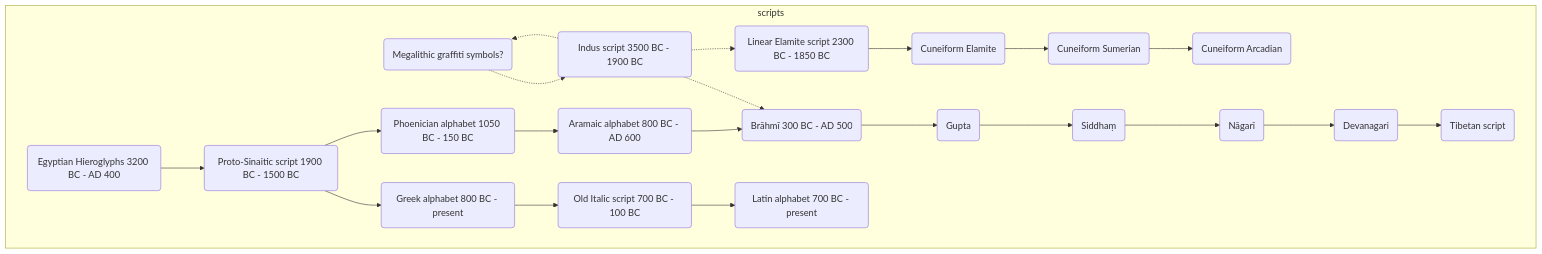
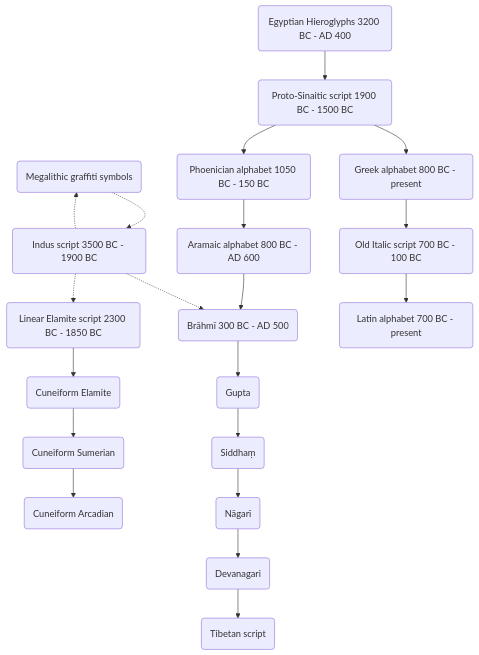
The first of 4 diagrams in docs/tibetan_script_history.md (DigitalTibetan/DigitalTibetan), drawn with Mermaid before and after one commit. The commit also changed other lines of this file and 1 other file, not shown here.

Commit message:
Fixes and cleanup to language and script history

````diff
--- a/docs/tibetan_script_history.md
+++ b/docs/tibetan_script_history.md
@@ -41,31 +6,22 @@
 ```{mermaid}
 graph TD;  
-subgraph scripts
-BA(Megalithic graffiti symbols?)-.->BB(Indus script 3500 BC - 1900 BC);
-
-
-CA(Linear Elamite script 2300 BC - 1850 BC);
-CA-->CB(Cuneiform Elamite);
+BA(Megalithic graffiti symbols)-.->BB(Indus script 3500 BC - 1900 BC);
+CA(Linear Elamite script 2300 BC - 1850 BC)-->CB(Cuneiform Elamite);
 CB-->CD(Cuneiform Sumerian);
 CD-->CE(Cuneiform Arcadian);
-
-L0A(Egyptian Hieroglyphs 3200 BC - AD 400)-->LA
-LA(Proto-Sinaitic script 1900 BC - 1500 BC)-->LB(Phoenician alphabet 1050 BC - 150 BC)
-LB-->LC(Aramaic alphabet 800 BC - AD 600)
-LC-->LD(Brāhmī 300 BC - AD 500)
-LD-->LE(Gupta)
-LE-->LF(Siddhaṃ)
-LF-->LG(Nāgarī)
-LG-->LH(Devanagari)
-LH-->LI(Tibetan script)
-
-LA-->LK(Greek alphabet 800 BC - present)
-LK-->LL(Old Italic script 700 BC - 100 BC)
-LL-->LM(Latin alphabet 700 BC - present)
-
+L0A(Egyptian Hieroglyphs 3200 BC - AD 400)-->LA(Proto-Sinaitic script 1900 BC - 1500 BC);
+LA-->LB(Phoenician alphabet 1050 BC - 150 BC);
+LB-->LC(Aramaic alphabet 800 BC - AD 600);
+LC-->LD(Brāhmī 300 BC - AD 500);
+LD-->LE(Gupta);
+LE-->LF(Siddhaṃ);
+LF-->LG(Nāgarī);
+LG-->LH(Devanagari);
+LH-->LI(Tibetan script);
+LA-->LK(Greek alphabet 800 BC - present);
+LK-->LL(Old Italic script 700 BC - 100 BC);
+LL-->LM(Latin alphabet 700 BC - present);
 BB-.->LD;
 BB-.->BA;
 BB-.->CA;
-
-end
 ```
````
